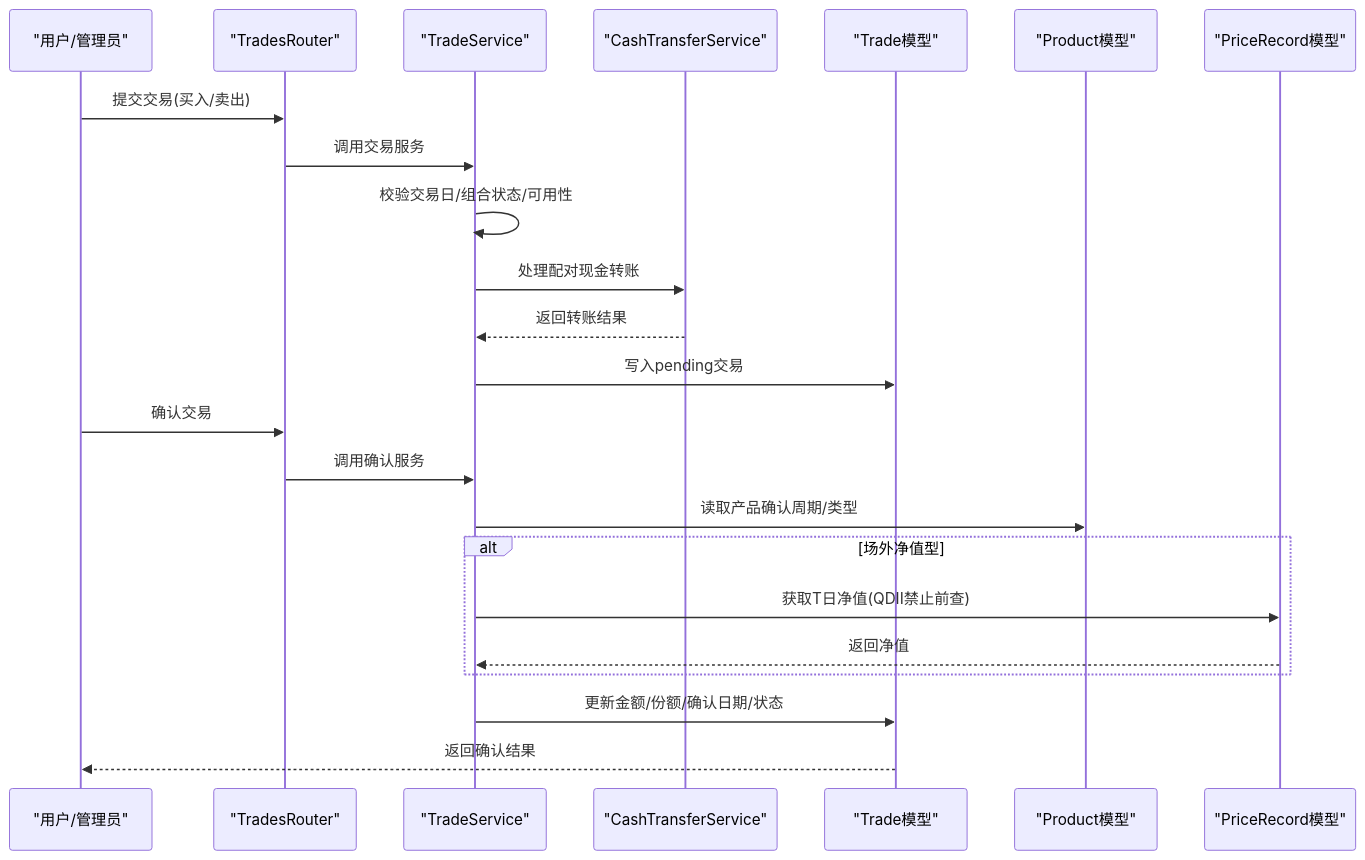
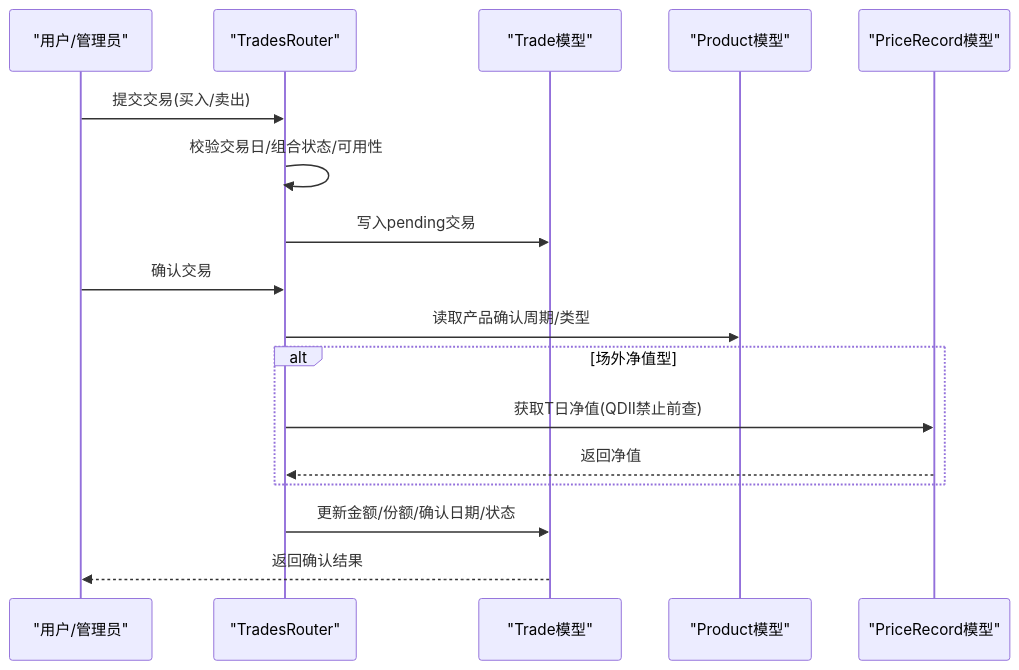
Before and after one commit to gujialind/InvestRing: the sixth of 9 diagrams in .qoder/repowiki/zh/content/核心业务功能/核心业务功能.md, drawn with Mermaid. The commit also changed other lines of this file and 65 other files, not shown here.

````diff
--- a/.qoder/repowiki/zh/content/核心业务功能/核心业务功能.md
+++ b/.qoder/repowiki/zh/content/核心业务功能/核心业务功能.md
@@ -506,25 +296,19 @@
 ```mermaid
 sequenceDiagram
 participant U as "用户/管理员"
 participant R as "TradesRouter"
-participant TS as "TradeService"
-participant CS as "CashTransferService"
 participant T as "Trade模型"
 participant P as "Product模型"
 participant PR as "PriceRecord模型"
 U->>R : 提交交易(买入/卖出)
-R->>TS : 调用交易服务
-TS->>TS : 校验交易日/组合状态/可用性
-TS->>CS : 处理配对现金转账
-CS-->>TS : 返回转账结果
-TS->>T : 写入pending交易
+R->>R : 校验交易日/组合状态/可用性
+R->>T : 写入pending交易
 U->>R : 确认交易
-R->>TS : 调用确认服务
-TS->>P : 读取产品确认周期/类型
+R->>P : 读取产品确认周期/类型
 alt 场外净值型
-TS->>PR : 获取T日净值(QDII禁止前查)
-PR-->>TS : 返回净值
+R->>PR : 获取T日净值(QDII禁止前查)
+PR-->>R : 返回净值
 end
-TS->>T : 更新金额/份额/确认日期/状态
+R->>T : 更新金额/份额/确认日期/状态
 T-->>U : 返回确认结果
 ```
````
